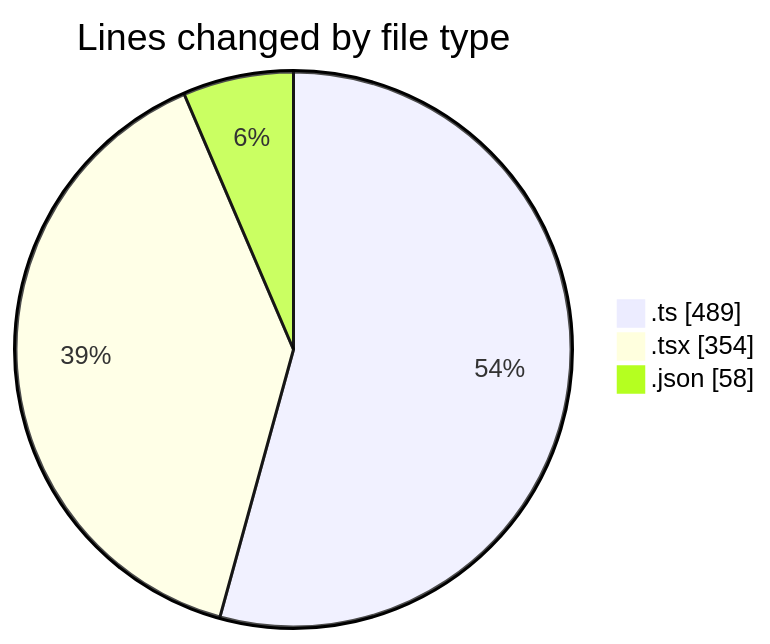
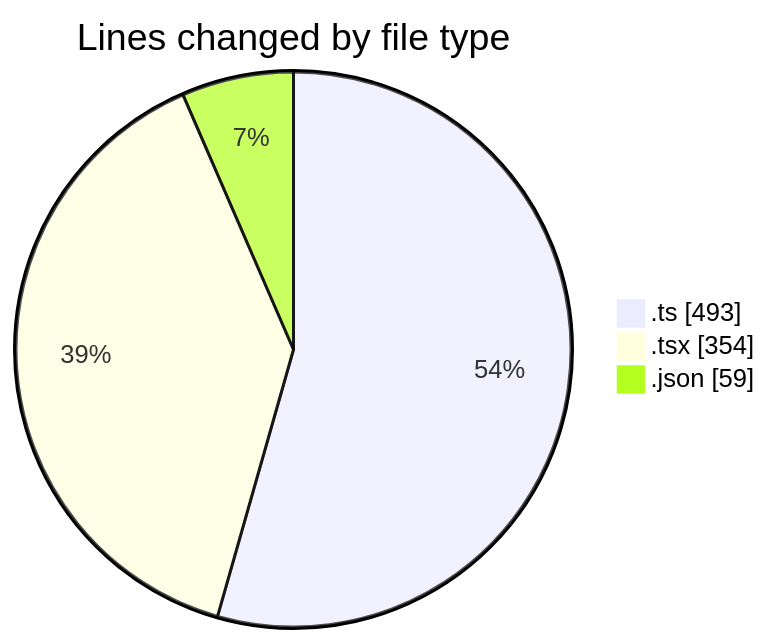
Before and after one commit to julien-gomy/code-tracking: the first of 2 diagrams in 2025-11-24/eventscop-frontend-guide__workspace_/README.md, drawn with Mermaid. The commit also changed other lines of this file and 1 other file, not shown here.

````diff
--- a/2025-11-24/eventscop-frontend-guide__workspace_/README.md
+++ b/2025-11-24/eventscop-frontend-guide__workspace_/README.md
@@ -33,7 +33,7 @@
 ```mermaid
 pie showData
 title Lines changed by file type
-".ts" : 489
+".ts" : 493
 ".tsx" : 354
-".json" : 58
+".json" : 59
 ```
````
